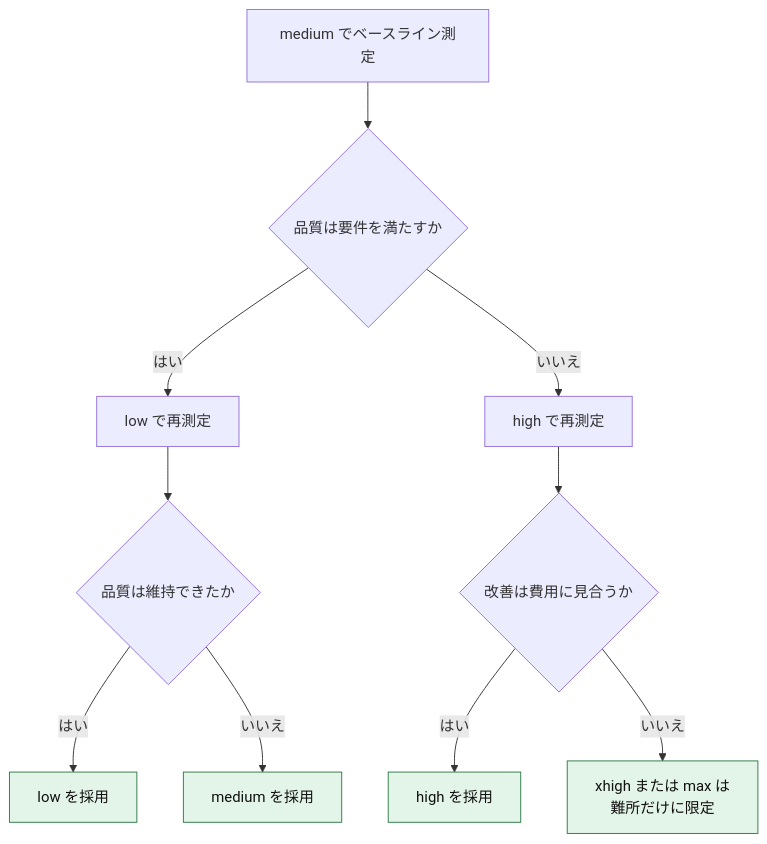
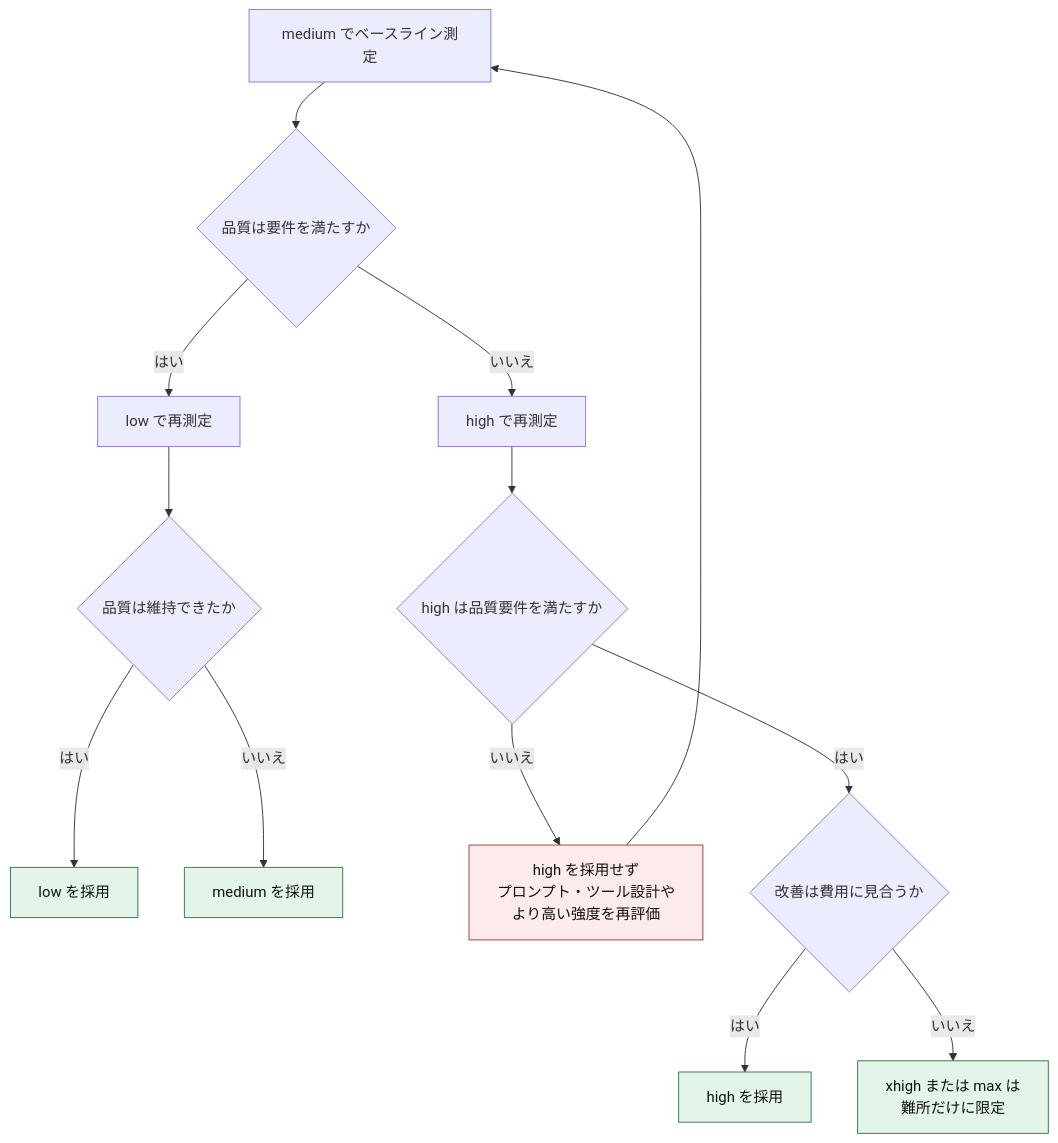
Before and after one commit to myoshi2891/Comparison-of-LLMs: the fourth of 12 diagrams in Openai-gpt-6-astra-best-practices-guide.md, drawn with Mermaid. The commit also changed other lines of this file, not shown here.

Commit message:
docs(openai): add format update to configuration update and regional data residency pricing in Astra guide

````diff
--- a/Openai-gpt-6-astra-best-practices-guide.md
+++ b/Openai-gpt-6-astra-best-practices-guide.md
@@ -234,14 +234,19 @@
 ```mermaid
 flowchart TB
   A["medium でベースライン測定"] --> B{"品質は要件を満たすか"}
   B -- "はい" --> C["low で再測定"]
   C --> D{"品質は維持できたか"}
   D -- "はい" --> E["low を採用"]
   D -- "いいえ" --> F["medium を採用"]
   B -- "いいえ" --> G["high で再測定"]
-  G --> H{"改善は費用に見合うか"}
+  G --> K{"high は品質要件を満たすか"}
+  K -- "いいえ" --> R["high を採用せず<br/>プロンプト・ツール設計や<br/>より高い強度を再評価"]
+  R --> A
+  K -- "はい" --> H{"改善は費用に見合うか"}
   H -- "はい" --> I["high を採用"]
   H -- "いいえ" --> J["xhigh または max は<br/>難所だけに限定"]
   classDef ok fill:#e3f4e8,stroke:#2d7a46,color:#111
+  classDef warn fill:#fdeaea,stroke:#a33b3b,color:#111
   class E,F,I,J ok
+  class R warn
 ```
````
